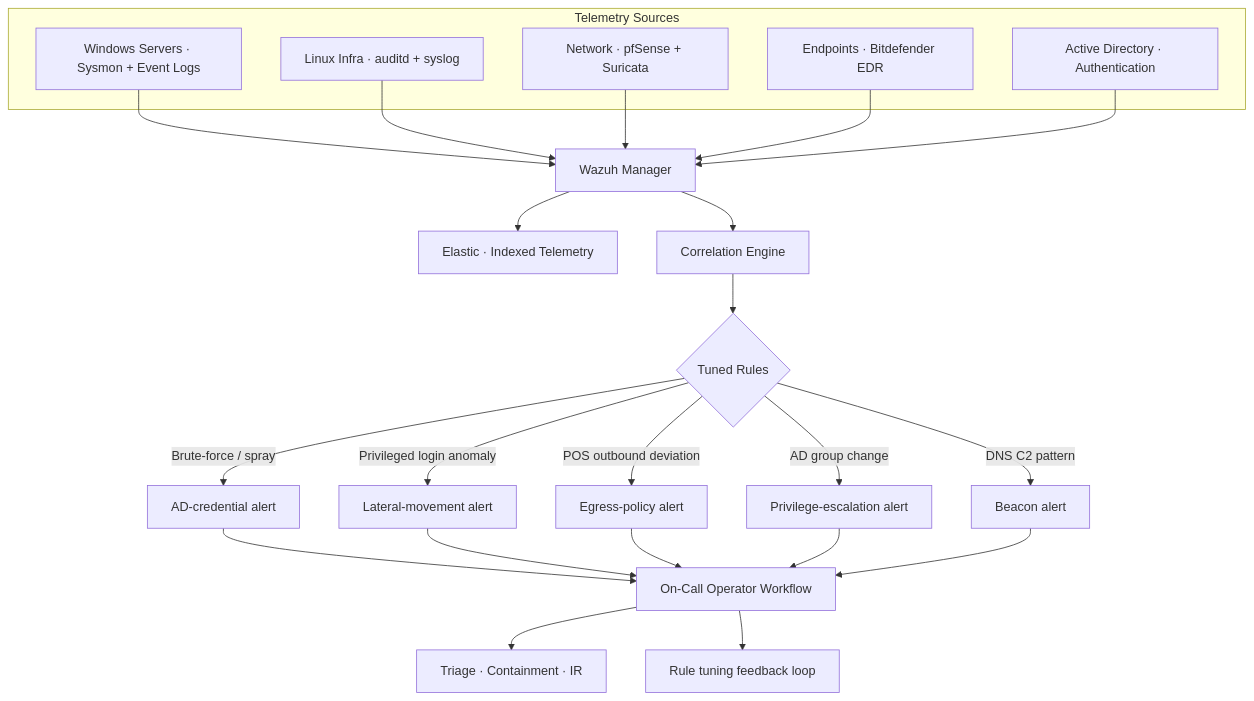
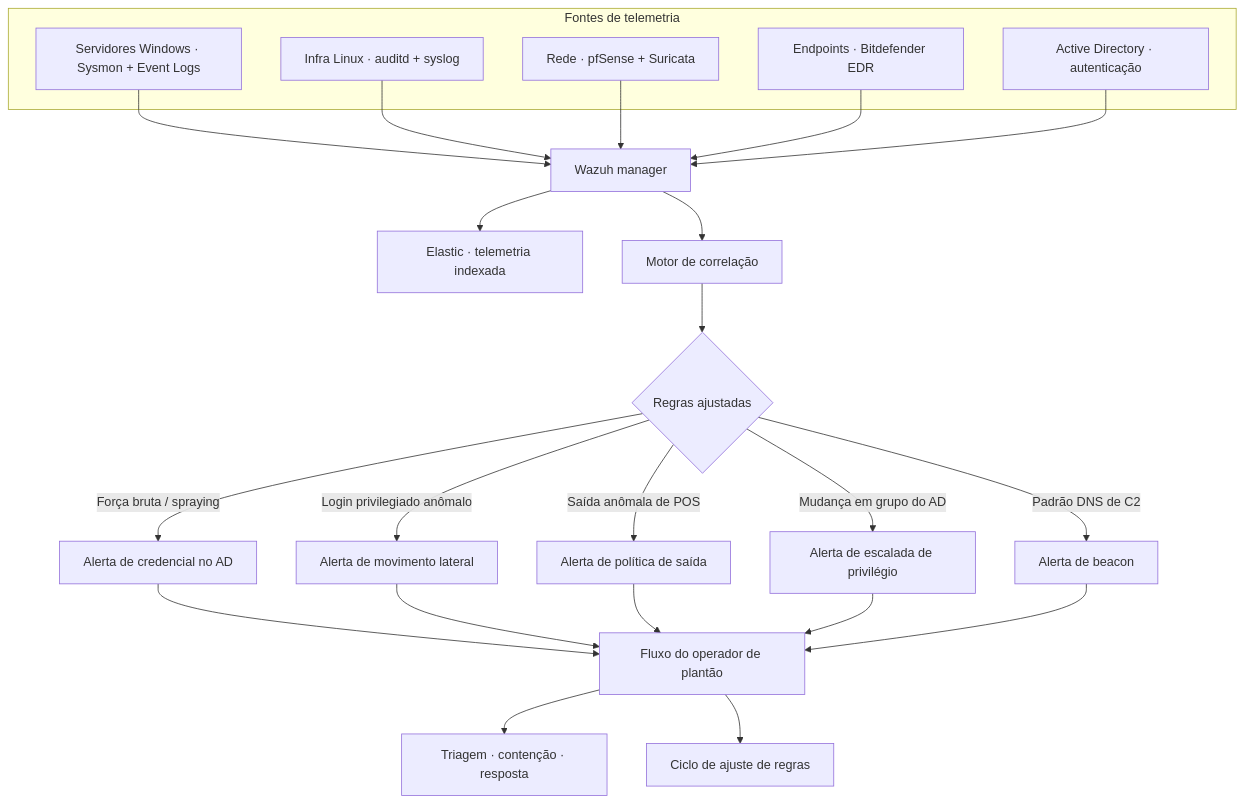
One commit to CHDevSec/portfolio changed the diagram in src/content/projects/pt/wazuh-soc.mdx. Above: the diagram before and after it, drawn with Mermaid. The commit also changed other lines of this file and 169 other files, not shown here.

````diff
--- a/src/content/projects/pt/wazuh-soc.mdx
+++ b/src/content/projects/pt/wazuh-soc.mdx
@@ -73,35 +74,35 @@
 ```mermaid
 flowchart TB
-    subgraph Sources [Telemetry Sources]
-    A1[Windows Servers · Sysmon + Event Logs]
-    A2[Linux Infra · auditd + syslog]
-    A3[Network · pfSense + Suricata]
+    subgraph Sources [Fontes de telemetria]
+    A1[Servidores Windows · Sysmon + Event Logs]
+    A2[Infra Linux · auditd + syslog]
+    A3[Rede · pfSense + Suricata]
     A4[Endpoints · Bitdefender EDR]
-    A5[Active Directory · Authentication]
+    A5[Active Directory · autenticação]
     end
 
-    A1 --> B[Wazuh Manager]
+    A1 --> B[Wazuh manager]
     A2 --> B
     A3 --> B
     A4 --> B
     A5 --> B
 
-    B --> C[Elastic · Indexed Telemetry]
-    B --> D[Correlation Engine]
+    B --> C[Elastic · telemetria indexada]
+    B --> D[Motor de correlação]
 
-    D --> E{Tuned Rules}
-    E -->|Brute-force / spray| F[AD-credential alert]
-    E -->|Privileged login anomaly| G[Lateral-movement alert]
-    E -->|POS outbound deviation| H[Egress-policy alert]
-    E -->|AD group change| I[Privilege-escalation alert]
-    E -->|DNS C2 pattern| J[Beacon alert]
+    D --> E{Regras ajustadas}
+    E -->|Força bruta / spraying| F[Alerta de credencial no AD]
+    E -->|Login privilegiado anômalo| G[Alerta de movimento lateral]
+    E -->|Saída anômala de POS| H[Alerta de política de saída]
+    E -->|Mudança em grupo do AD| I[Alerta de escalada de privilégio]
+    E -->|Padrão DNS de C2| J[Alerta de beacon]
 
-    F --> K[On-Call Operator Workflow]
+    F --> K[Fluxo do operador de plantão]
     G --> K
     H --> K
     I --> K
     J --> K
 
-    K --> L[Triage · Containment · IR]
-    K --> M[Rule tuning feedback loop]
+    K --> L[Triagem · contenção · resposta]
+    K --> M[Ciclo de ajuste de regras]
 ```
````
